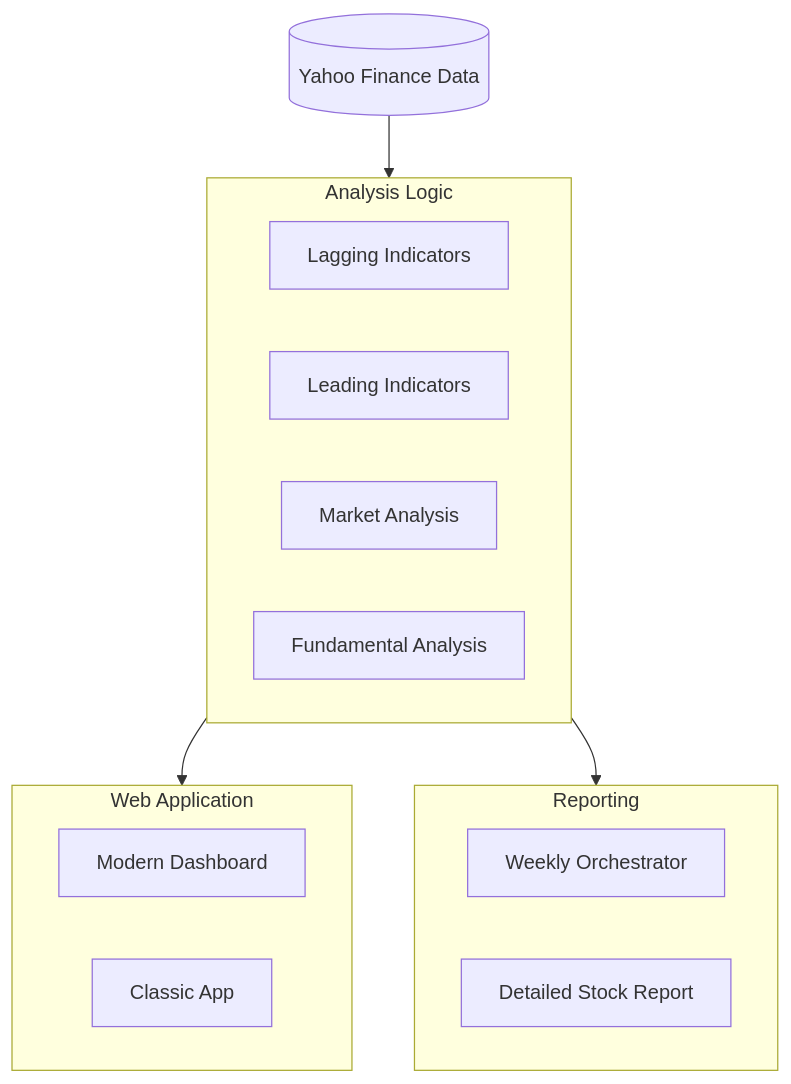
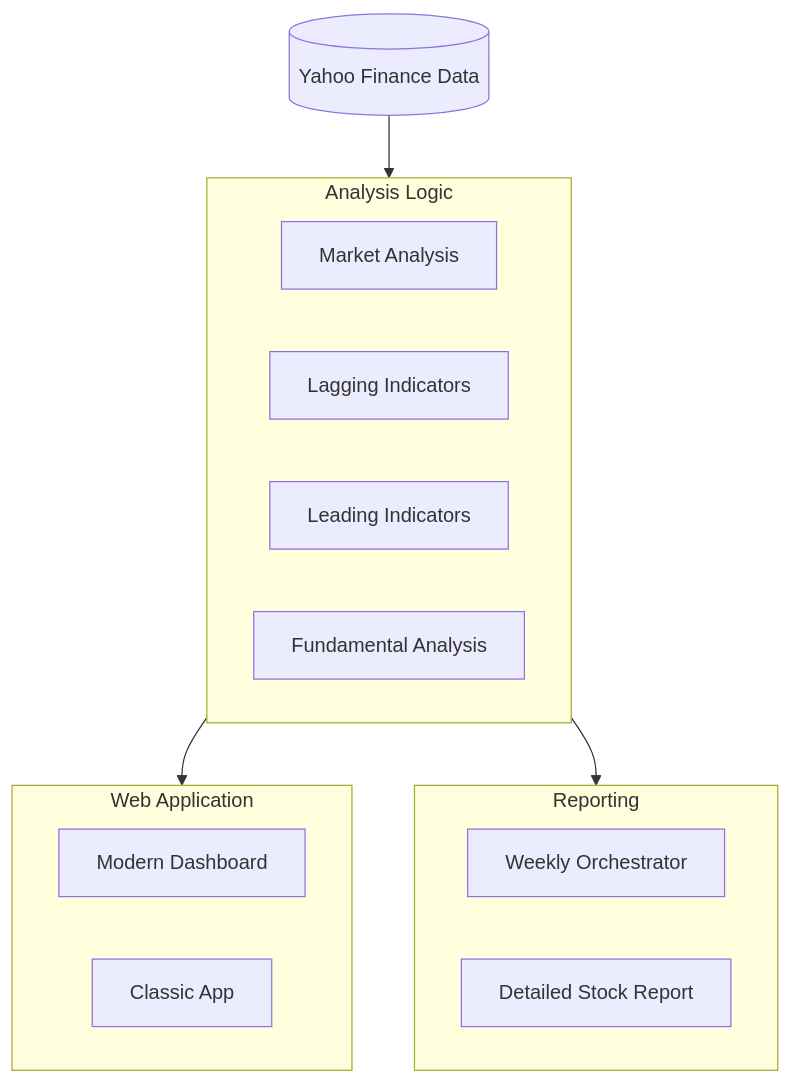
One commit to anshulsolanki/stock_research changed the diagram in README.md. Above: the diagram before and after it, drawn with Mermaid. The commit also changed other lines of this file and 1 other file, not shown here.

````diff
--- a/README.md
+++ b/README.md
@@ -25,24 +25,24 @@
 ```mermaid
 graph TD
     Data[(Yahoo Finance Data)] --> Analysis[Analysis Modules]
     
     subgraph Analysis [Analysis Logic]
+        Market[Market Analysis]
         Lagging[Lagging Indicators]
         Leading[Leading Indicators]
-        Market[Market Analysis]
         Fund[Fundamental Analysis]
     end
     
     Analysis --> WebUI[Web Interface]
     Analysis --> PDF[Automated Reports]
     
     subgraph WebUI [Web Application]
         Dashboard[Modern Dashboard]
         Classic[Classic App]
     end
     
     subgraph PDF [Reporting]
         Weekly[Weekly Orchestrator]
         StockReport[Detailed Stock Report]
     end
 ```
````
